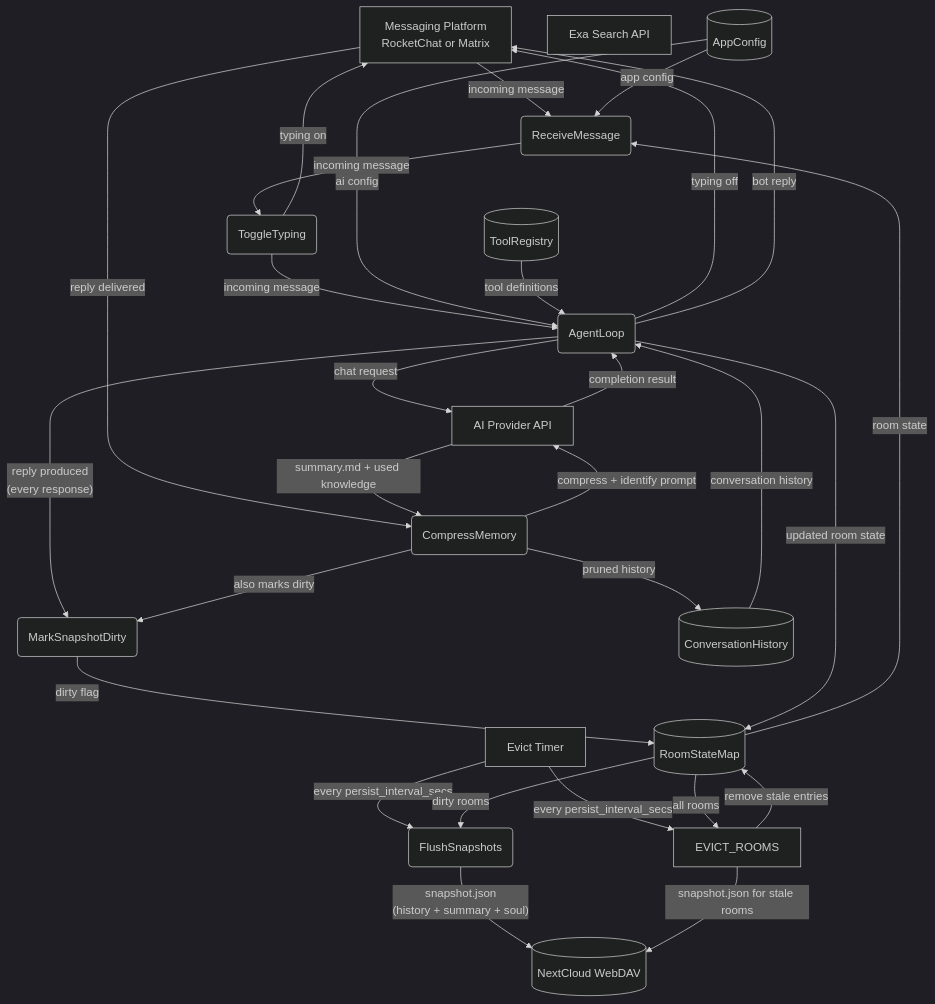
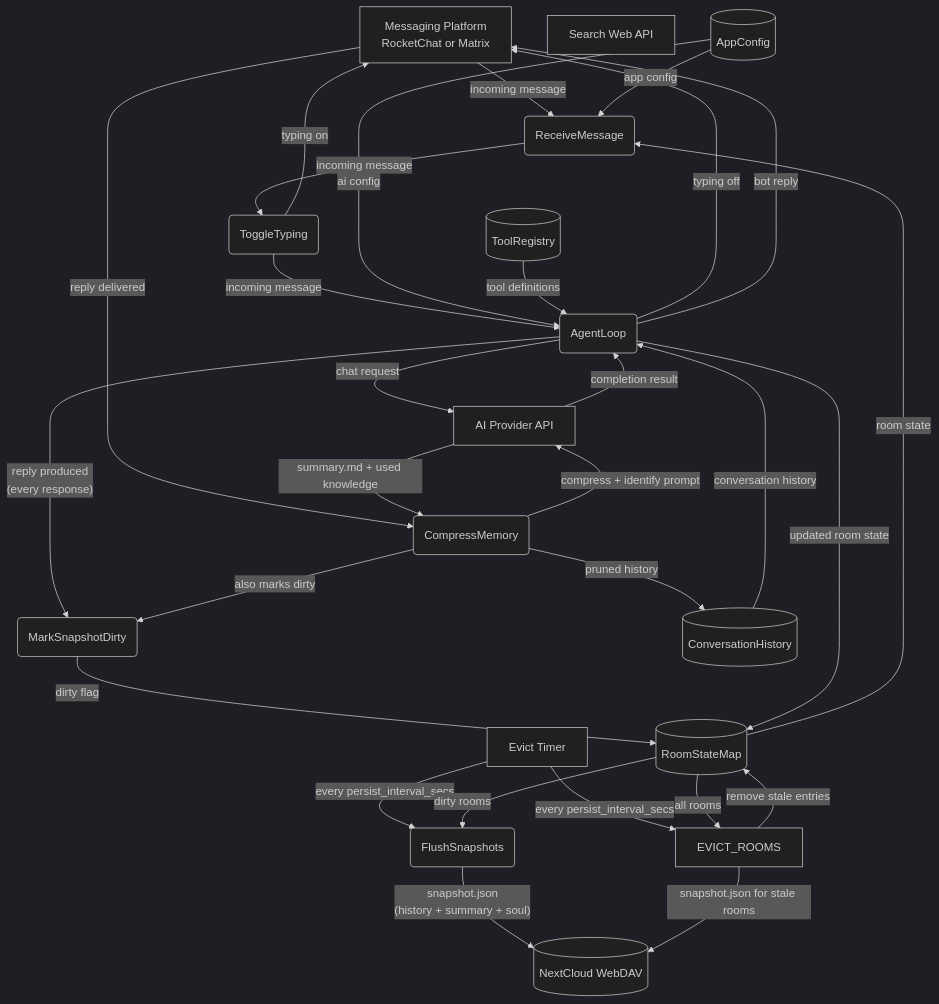
One commit to cosmoswafer/rockbot changed the first of 3 diagrams in _dfd/agent/agent-loop.md. Above: the diagram before and after it, drawn with Mermaid (dark theme). The commit also changed 18 other files, not shown here.

First line of the commit message:
🔧 [Refactor] Rename Exa Search -> Search Web, add Exa/Brave multi-provider support

````diff
--- a/_dfd/agent/agent-loop.md
+++ b/_dfd/agent/agent-loop.md
@@ -38,48 +38,48 @@
 ```mermaid
 flowchart TD
     PLATFORM[Messaging Platform<br/>RocketChat or Matrix]
     AI[AI Provider API]
     DAV[(NextCloud WebDAV)]
-    EXA[Exa Search API]
+    EXA[Search Web API]
     TIMER[Evict Timer]
     DISPATCH(ReceiveMessage)
     TYPING(ToggleTyping)
     LOOP(AgentLoop)
     DIRTY(MarkSnapshotDirty)
     SNAPSHOT(FlushSnapshots)
     ARCHIVE(CompressMemory)
 
     CFG[(AppConfig)]
     HISTORY[(ConversationHistory)]
     TOOLS[(ToolRegistry)]
     ROOMS[(RoomStateMap)]
 
     PLATFORM -->|"incoming message"| DISPATCH
     ROOMS -->|"room state"| DISPATCH
     CFG -->|"app config"| DISPATCH
     DISPATCH -->|"incoming message"| TYPING
     TYPING -->|"typing on"| PLATFORM
     TYPING -->|"incoming message"| LOOP
     CFG -->|"ai config"| LOOP
     HISTORY -->|"conversation history"| LOOP
     TOOLS -->|"tool definitions"| LOOP
     LOOP -->|"chat request"| AI
     AI -->|"completion result"| LOOP
     LOOP -->|"typing off"| PLATFORM
     LOOP -->|"bot reply"| PLATFORM
     LOOP -->|"reply produced<br/>(every response)"| DIRTY
     DIRTY -->|"dirty flag"| ROOMS
     PLATFORM -->|"reply delivered"| ARCHIVE
     ARCHIVE -->|"compress + identify prompt"| AI
     AI -->|"summary.md + used knowledge"| ARCHIVE
     ARCHIVE -->|"also marks dirty"| DIRTY
     ARCHIVE -->|"pruned history"| HISTORY
     LOOP -->|"updated room state"| ROOMS
     TIMER -->|"every persist_interval_secs"| SNAPSHOT
     ROOMS -->|"dirty rooms"| SNAPSHOT
     SNAPSHOT -->|"snapshot.json<br/>(history + summary + soul)"| DAV
     TIMER -->|"every persist_interval_secs"| EVICT_ROOMS
     ROOMS -->|"all rooms"| EVICT_ROOMS
     EVICT_ROOMS -->|"snapshot.json for stale rooms"| DAV
     EVICT_ROOMS -->|"remove stale entries"| ROOMS
 ```
````
